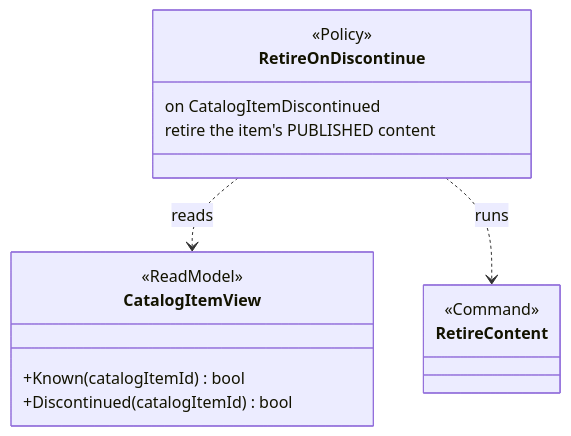
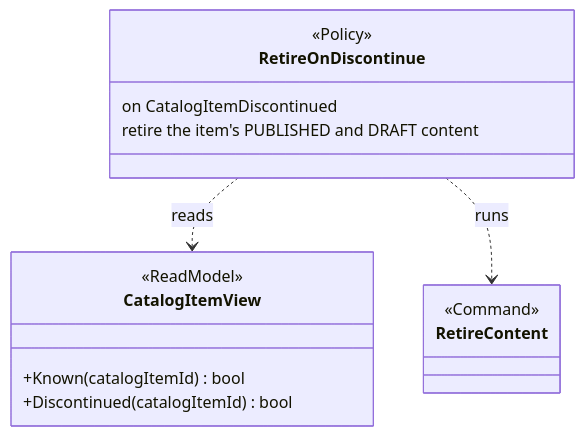
Before and after one commit to IQVO/warehouse-docs: the fourth of 5 diagrams in storefront/docs/contexts/product-content/class-diagram.md, drawn with Mermaid. The commit also changed other lines of this file and 16 other files, not shown here.

````diff
--- a/storefront/docs/contexts/product-content/class-diagram.md
+++ b/storefront/docs/contexts/product-content/class-diagram.md
@@ -168,19 +177,19 @@
 ```mermaid
 classDiagram
     direction TB
     class RetireOnDiscontinue {
         <<Policy>>
         on CatalogItemDiscontinued
-        retire the item's PUBLISHED content
+        retire the item's PUBLISHED and DRAFT content
     }
     class CatalogItemView {
         <<ReadModel>>
         +Known(catalogItemId) bool
         +Discontinued(catalogItemId) bool
     }
     class RetireContent {
         <<Command>>
     }
     RetireOnDiscontinue ..> CatalogItemView : reads
     RetireOnDiscontinue ..> RetireContent : runs
 ```
````
